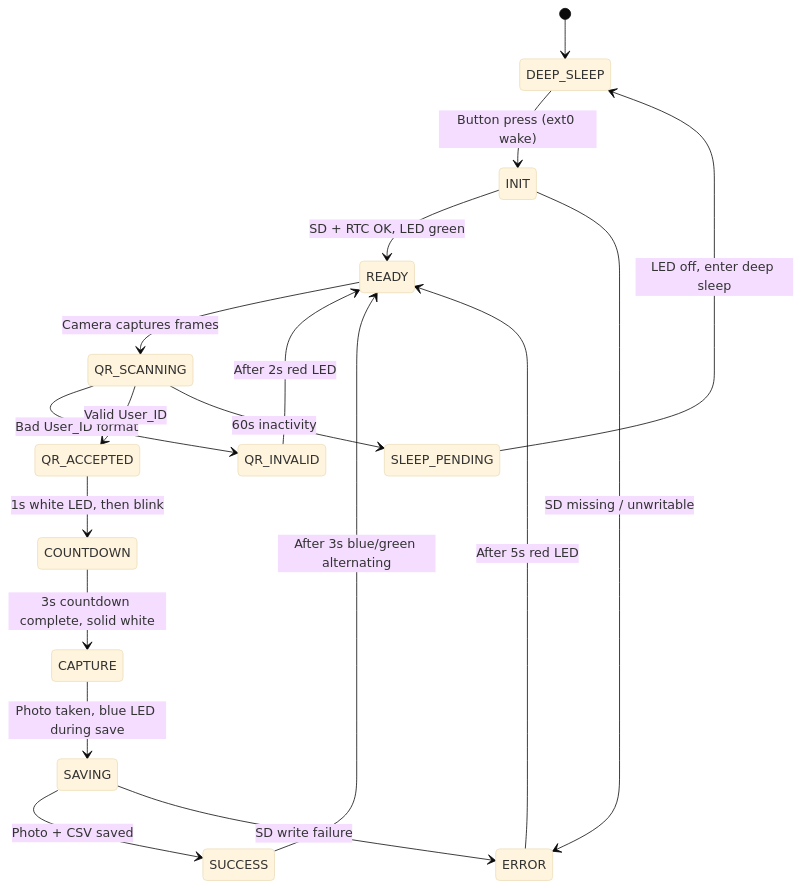
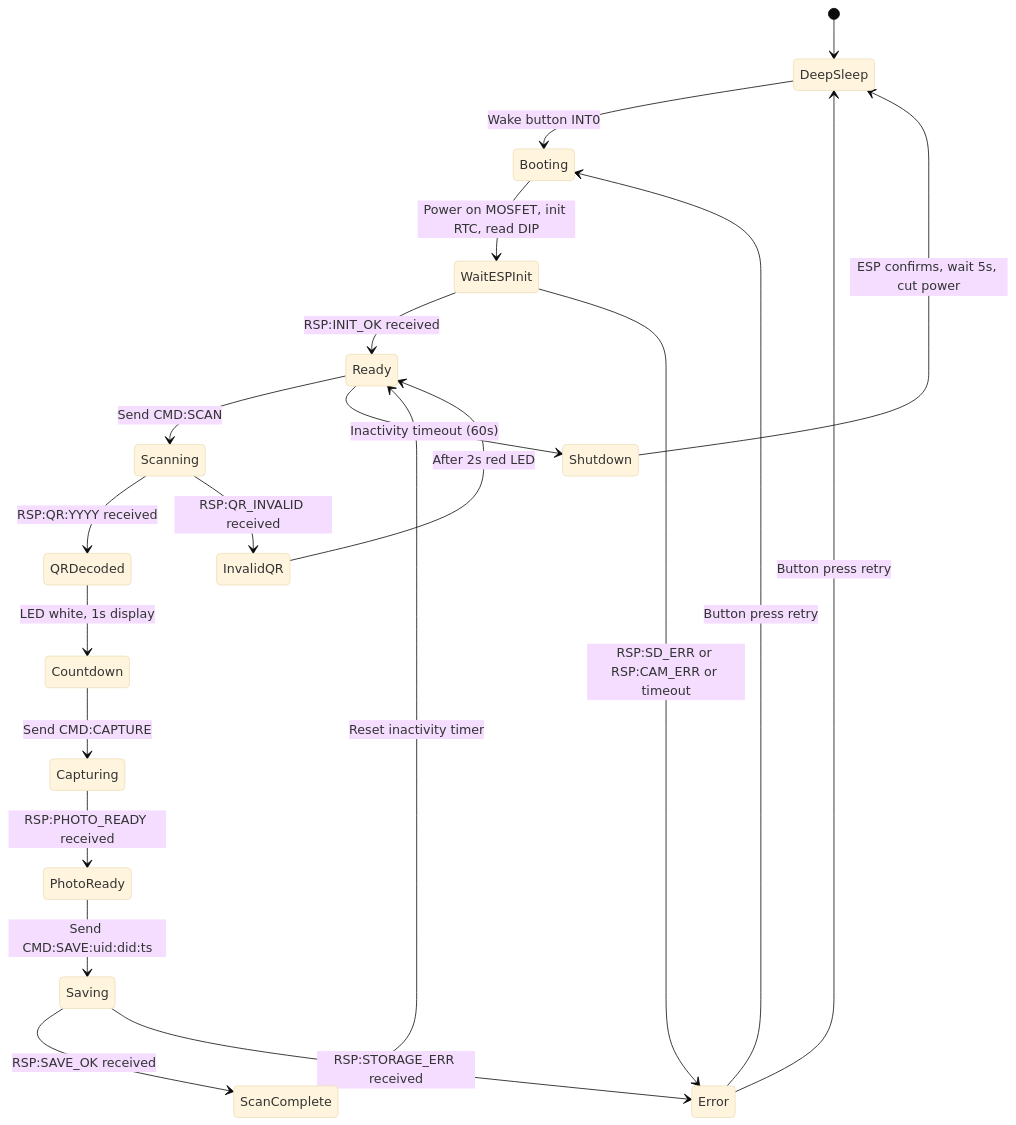
One commit to slanktapper/wilderness-checkpoint changed the second of 4 diagrams in .kiro/specs/wilderness-qr-checkpoint/design.md. Above: the diagram before and after it, drawn with Mermaid (base theme). The commit also changed other lines of this file and 63 other files, not shown here.

Commit message:
Redesign after esp32 arrived and did not have the pins available from the design

````diff
--- a/.kiro/specs/wilderness-qr-checkpoint/design.md
+++ b/.kiro/specs/wilderness-qr-checkpoint/design.md
@@ -25,20 +47,24 @@
 ```mermaid
 stateDiagram-v2
-    [*] --> DEEP_SLEEP
-    DEEP_SLEEP --> INIT : Button press (ext0 wake)
-    INIT --> READY : SD + RTC OK, LED green
-    INIT --> ERROR : SD missing / unwritable
-    ERROR --> READY : After 5s red LED
-    READY --> QR_SCANNING : Camera captures frames
-    QR_SCANNING --> QR_INVALID : Bad User_ID format
-    QR_SCANNING --> QR_ACCEPTED : Valid User_ID
-    QR_SCANNING --> SLEEP_PENDING : 60s inactivity
-    QR_INVALID --> READY : After 2s red LED
-    QR_ACCEPTED --> COUNTDOWN : 1s white LED, then blink
-    COUNTDOWN --> CAPTURE : 3s countdown complete, solid white
-    CAPTURE --> SAVING : Photo taken, blue LED during save
-    SAVING --> SUCCESS : Photo + CSV saved
-    SAVING --> ERROR : SD write failure
-    SUCCESS --> READY : After 3s blue/green alternating
-    SLEEP_PENDING --> DEEP_SLEEP : LED off, enter deep sleep
+    [*] --> DeepSleep
+    DeepSleep --> Booting : Wake button INT0
+    Booting --> WaitESPInit : Power on MOSFET, init RTC, read DIP
+    WaitESPInit --> Ready : RSP:INIT_OK received
+    WaitESPInit --> Error : RSP:SD_ERR or RSP:CAM_ERR or timeout
+    Ready --> Scanning : Send CMD:SCAN
+    Scanning --> QRDecoded : RSP:QR:YYYY received
+    Scanning --> InvalidQR : RSP:QR_INVALID received
+    InvalidQR --> Ready : After 2s red LED
+    QRDecoded --> Countdown : LED white, 1s display
+    Countdown --> Capturing : Send CMD:CAPTURE
+    Capturing --> PhotoReady : RSP:PHOTO_READY received
+    PhotoReady --> Saving : Send CMD:SAVE:uid:did:ts
+    Saving --> ScanComplete : RSP:SAVE_OK received
+    Saving --> Error : RSP:STORAGE_ERR received
+    ScanComplete --> Ready : Reset inactivity timer
+    Ready --> Shutdown : Inactivity timeout (60s)
+    Shutdown --> DeepSleep : ESP confirms, wait 5s, cut power
+    Error --> DeepSleep : Button press retry
+    Error --> Booting : Button press retry
+
 ```
````
